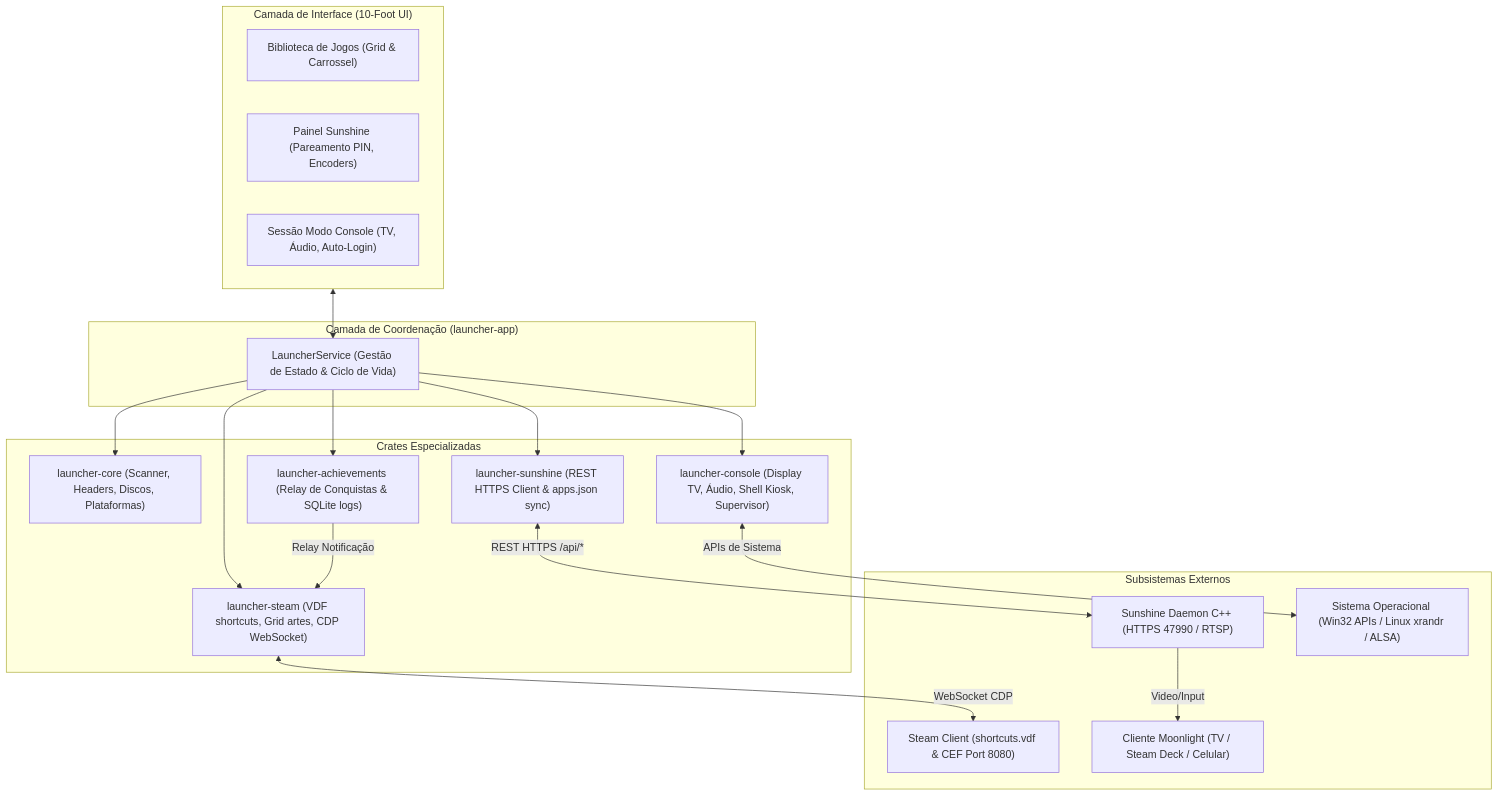
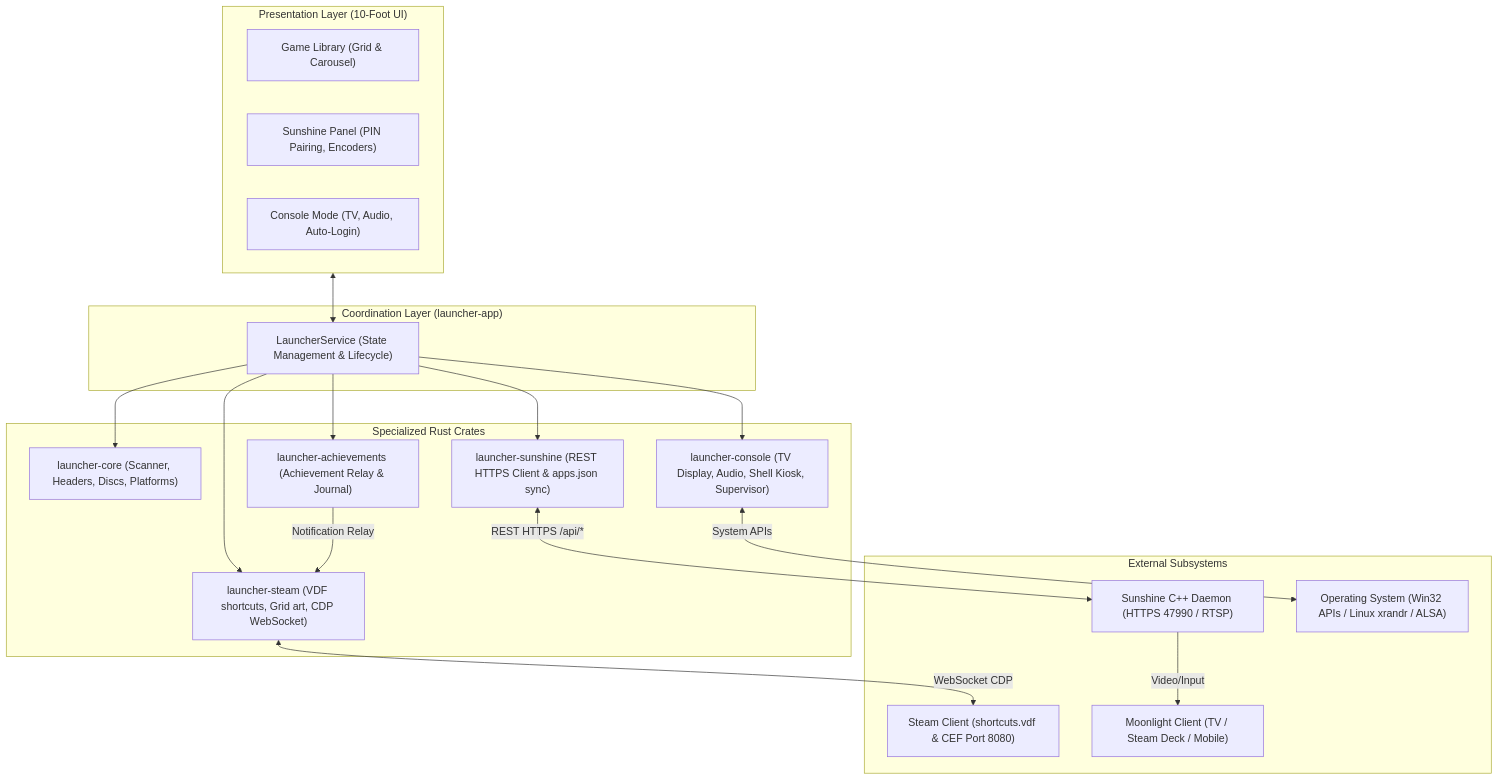
Before and after one commit to marcoswferreira/kame-house-launcher: the diagram in docs/ARCHITECTURE.md, drawn with Mermaid. The commit also changed other lines of this file and 19 other files, not shown here.

````diff
--- a/docs/ARCHITECTURE.md
+++ b/docs/ARCHITECTURE.md
@@ -11,40 +15,40 @@
 ```mermaid
 flowchart TD
-    subgraph UI["Camada de Interface (10-Foot UI)"]
-        Grid["Biblioteca de Jogos (Grid & Carrossel)"]
-        SunshineTab["Painel Sunshine (Pareamento PIN, Encoders)"]
-        ConsoleTab["Sessão Modo Console (TV, Áudio, Auto-Login)"]
+    subgraph UI["Presentation Layer (10-Foot UI)"]
+        Grid["Game Library (Grid & Carousel)"]
+        SunshineTab["Sunshine Panel (PIN Pairing, Encoders)"]
+        ConsoleTab["Console Mode (TV, Audio, Auto-Login)"]
     end
 
-    subgraph Service["Camada de Coordenação (launcher-app)"]
-        LauncherService["LauncherService (Gestão de Estado & Ciclo de Vida)"]
+    subgraph Service["Coordination Layer (launcher-app)"]
+        LauncherService["LauncherService (State Management & Lifecycle)"]
     end
 
-    subgraph CoreCrates["Crates Especializadas"]
-        Core["launcher-core (Scanner, Headers, Discos, Plataformas)"]
-        Steam["launcher-steam (VDF shortcuts, Grid artes, CDP WebSocket)"]
-        Achiev["launcher-achievements (Relay de Conquistas & SQLite logs)"]
+    subgraph CoreCrates["Specialized Rust Crates"]
+        Core["launcher-core (Scanner, Headers, Discs, Platforms)"]
+        Steam["launcher-steam (VDF shortcuts, Grid art, CDP WebSocket)"]
+        Achiev["launcher-achievements (Achievement Relay & Journal)"]
         Sun["launcher-sunshine (REST HTTPS Client & apps.json sync)"]
-        Console["launcher-console (Display TV, Áudio, Shell Kiosk, Supervisor)"]
+        Console["launcher-console (TV Display, Audio, Shell Kiosk, Supervisor)"]
     end
 
-    subgraph External["Subsistemas Externos"]
+    subgraph External["External Subsystems"]
         SteamClient["Steam Client (shortcuts.vdf & CEF Port 8080)"]
-        SunshineDaemon["Sunshine Daemon C++ (HTTPS 47990 / RTSP)"]
-        MoonlightClient["Cliente Moonlight (TV / Steam Deck / Celular)"]
-        OS["Sistema Operacional (Win32 APIs / Linux xrandr / ALSA)"]
+        SunshineDaemon["Sunshine C++ Daemon (HTTPS 47990 / RTSP)"]
+        MoonlightClient["Moonlight Client (TV / Steam Deck / Mobile)"]
+        OS["Operating System (Win32 APIs / Linux xrandr / ALSA)"]
     end
 
     UI <--> LauncherService
     LauncherService --> Core
     LauncherService --> Steam
     LauncherService --> Achiev
     LauncherService --> Sun
     LauncherService --> Console
 
     Steam <-->|"WebSocket CDP"| SteamClient
-    Achiev -->|"Relay Notificação"| Steam
+    Achiev -->|"Notification Relay"| Steam
     Sun <-->|"REST HTTPS /api/*"| SunshineDaemon
     SunshineDaemon -->|"Video/Input"| MoonlightClient
-    Console <-->|"APIs de Sistema"| OS
+    Console <-->|"System APIs"| OS
 ```
````
